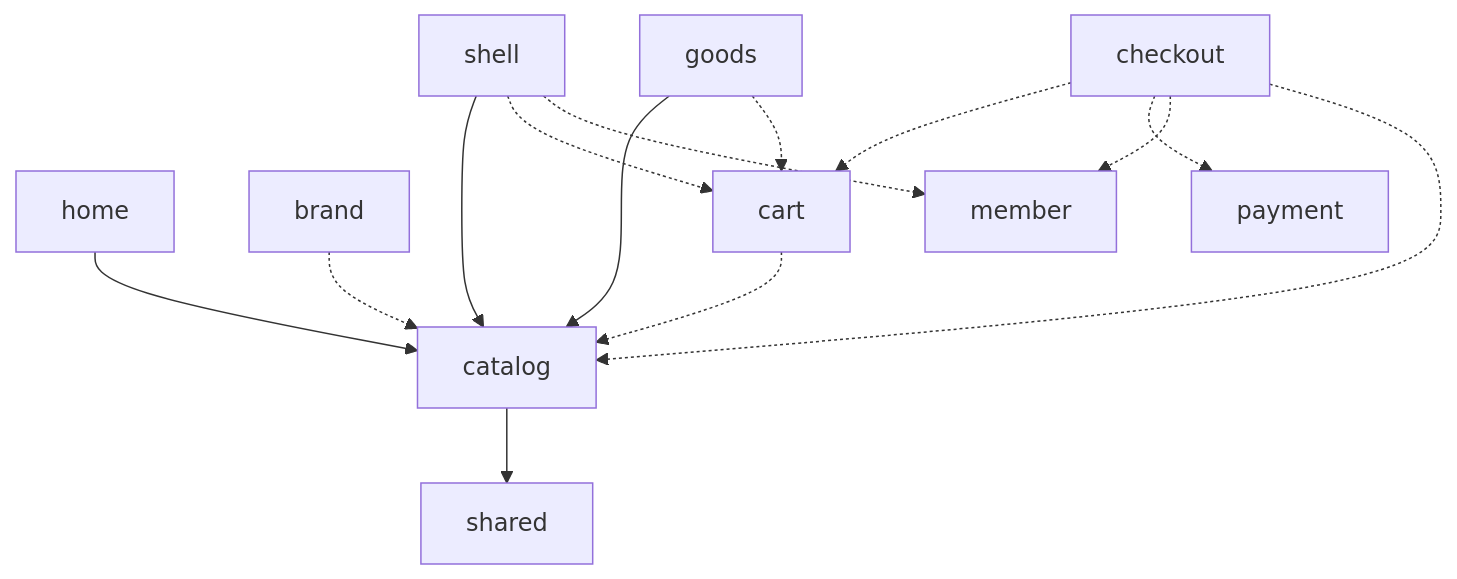
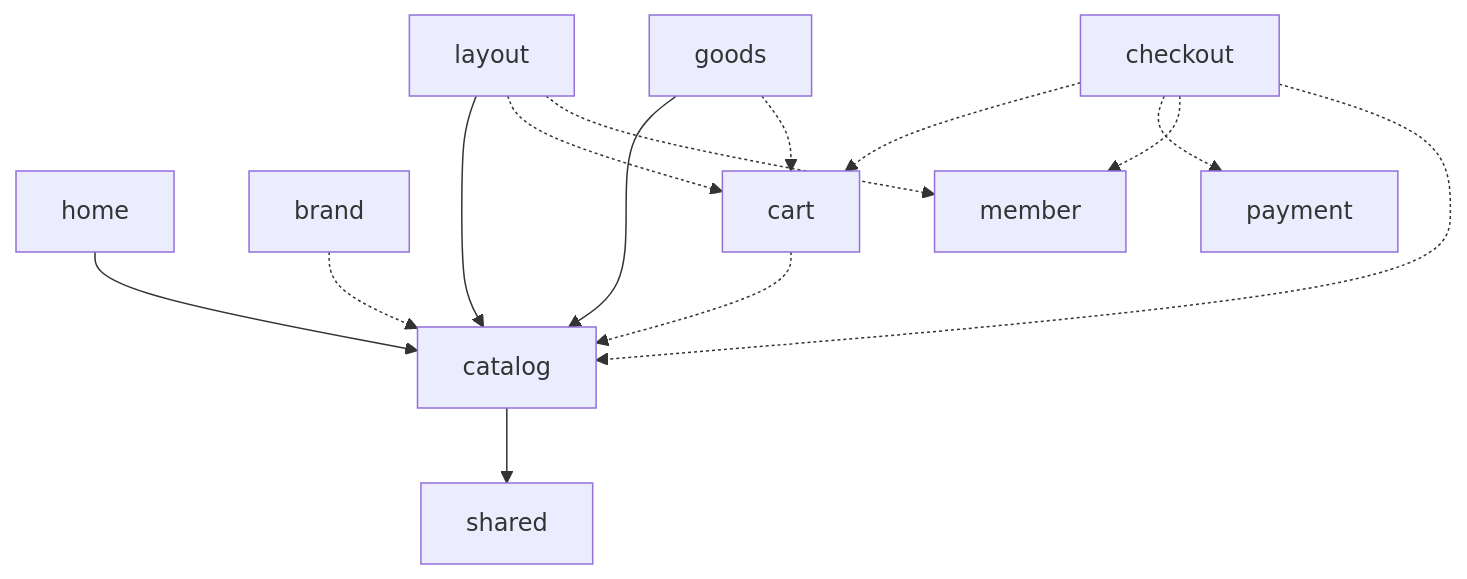
The diagram in docs/adr/0006-domain-dependency-map.md (zach0627/momo-shop-work), drawn with Mermaid before and after one commit. The commit also changed other lines of this file and 23 other files, not shown here.

First line of the commit message:
refactor: rename the shell lib to layout

````diff
--- a/docs/adr/0006-domain-dependency-map.md
+++ b/docs/adr/0006-domain-dependency-map.md
@@ -31,16 +31,16 @@
 ```mermaid
 graph TD
-  shell --> catalog
+  layout --> catalog
   home --> catalog
   goods --> catalog
   brand -.-> catalog
   cart -.-> catalog
   goods -.-> cart
-  shell -.-> cart
-  shell -.-> member
+  layout -.-> cart
+  layout -.-> member
   checkout -.-> cart
   checkout -.-> payment
   checkout -.-> member
   checkout -.-> catalog
   catalog --> shared
 ```
````
